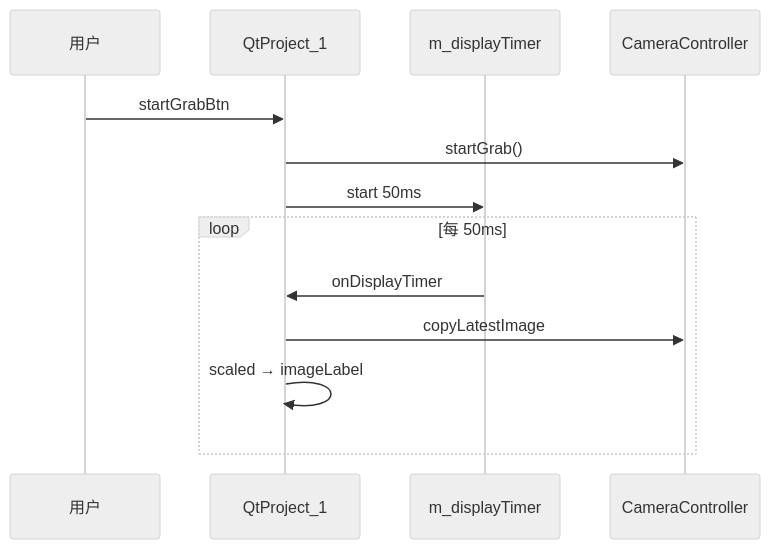
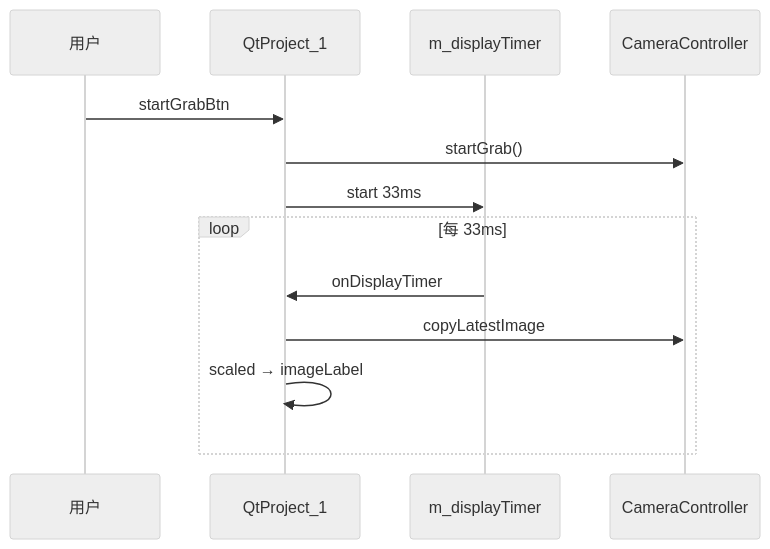
One commit to ge10yue12-netizen/Photomechanics-own changed diagram 12 of 25 in docs/DEVELOPER_GUIDE.md. Above: the diagram before and after it, drawn with Mermaid (neutral theme). The commit also changed other lines of this file and 115 other files, not shown here.

Commit message:
存图 Pic 序号在写盘成功后递增；关相机退出阶段路径模式；新增 Qt Test 单元测试与 Cursor 项目规则，移除仓库内测试大图。

````diff
--- a/docs/DEVELOPER_GUIDE.md
+++ b/docs/DEVELOPER_GUIDE.md
@@ -648,17 +648,17 @@
 ```mermaid
 sequenceDiagram
     participant U as 用户
     participant MW as QtProject_1
     participant DT as m_displayTimer
     participant CAM as CameraController
 
     U->>MW: startGrabBtn
     MW->>CAM: startGrab()
-    MW->>DT: start 50ms
+    MW->>DT: start 33ms
 
-    loop 每 50ms
+    loop 每 33ms
         DT->>MW: onDisplayTimer
         MW->>CAM: copyLatestImage
         MW->>MW: scaled → imageLabel
     end
 ```
````
